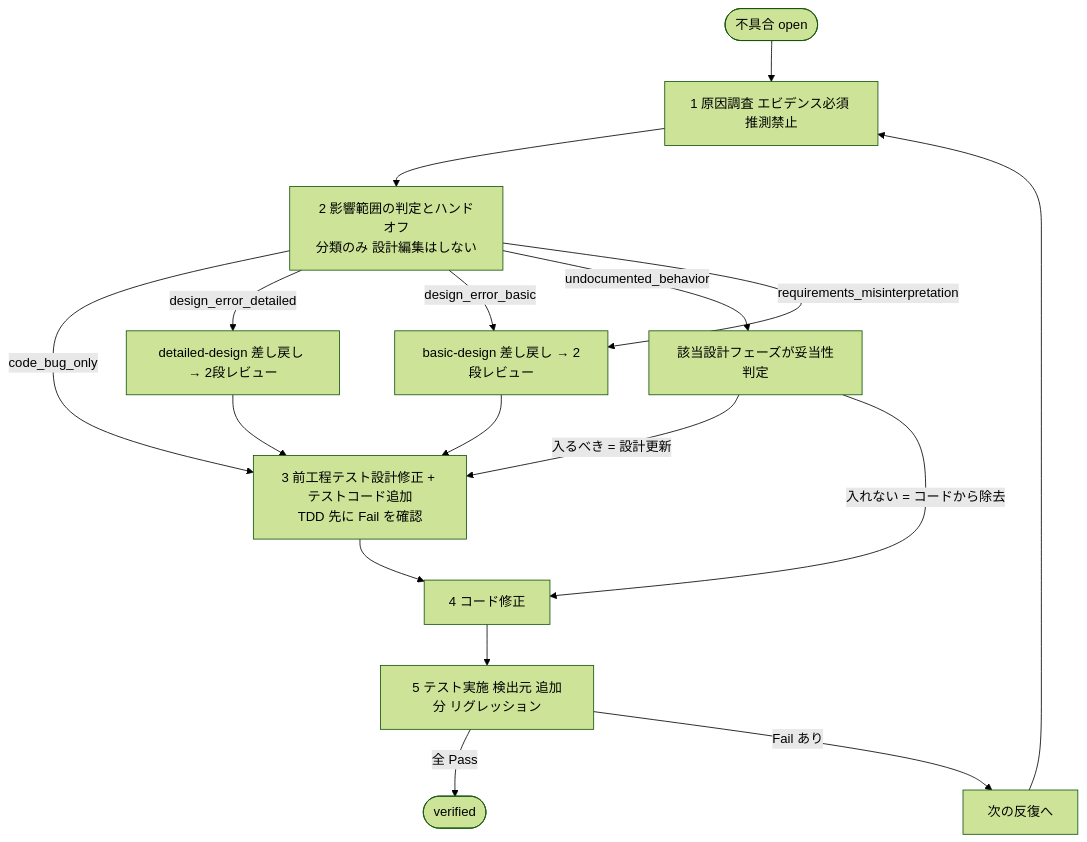
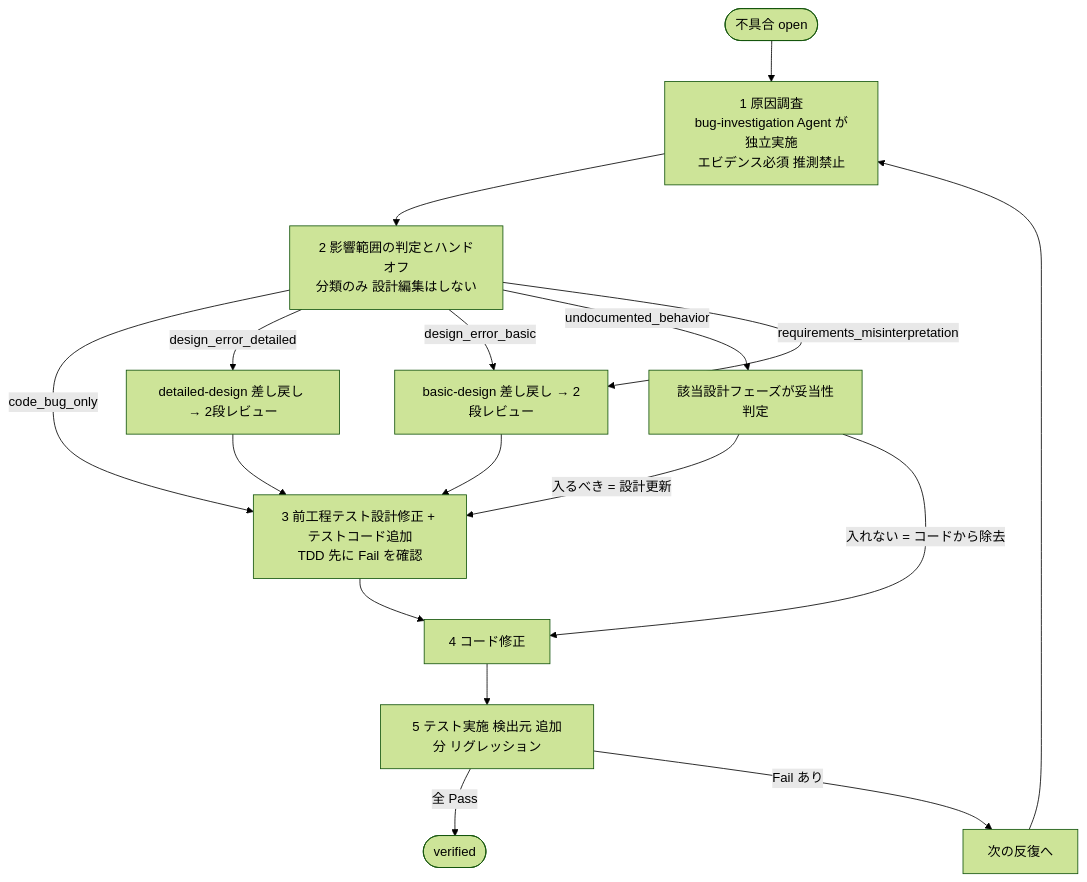
Before and after one commit to yamasuki-/software_dev_workflow: the diagram in agents/bug-fix/bug-fix.md, drawn with Mermaid (forest theme). The commit also changed other lines of this file and 7 other files, not shown here.

````diff
--- a/agents/bug-fix/bug-fix.md
+++ b/agents/bug-fix/bug-fix.md
@@ -31,21 +31,21 @@
 ```mermaid
 flowchart TD
     Start([不具合 open]) --> S1
-    S1[1 原因調査 エビデンス必須 推測禁止] --> S2
+    S1[1 原因調査<br/>bug-investigation Agent が独立実施<br/>エビデンス必須 推測禁止] --> S2
     S2[2 影響範囲の判定とハンドオフ<br/>分類のみ 設計編集はしない]
     S2 -->|code_bug_only| S3
     S2 -->|design_error_detailed| HOdetailed[detailed-design 差し戻し → 2段レビュー]
     S2 -->|design_error_basic| HObasic[basic-design 差し戻し → 2段レビュー]
     S2 -->|undocumented_behavior| HOcheck[該当設計フェーズが妥当性判定]
     S2 -->|requirements_misinterpretation| HObasic
     HOdetailed --> S3
     HObasic --> S3
     HOcheck -->|入るべき = 設計更新| S3
     HOcheck -->|入れない = コードから除去| S4
     S3[3 前工程テスト設計修正 + テストコード追加<br/>TDD 先に Fail を確認] --> S4
     S4[4 コード修正] --> S5
     S5[5 テスト実施 検出元 追加分 リグレッション]
     S5 -->|全 Pass| Verified([verified])
     S5 -->|Fail あり| Loop[次の反復へ]
     Loop --> S1
 ```
````
